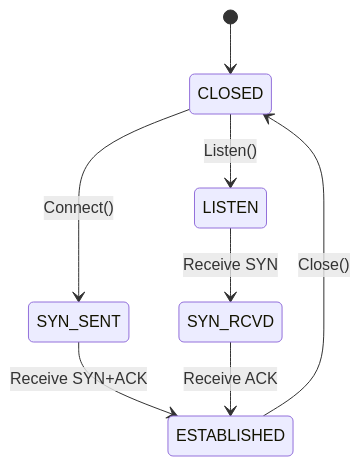
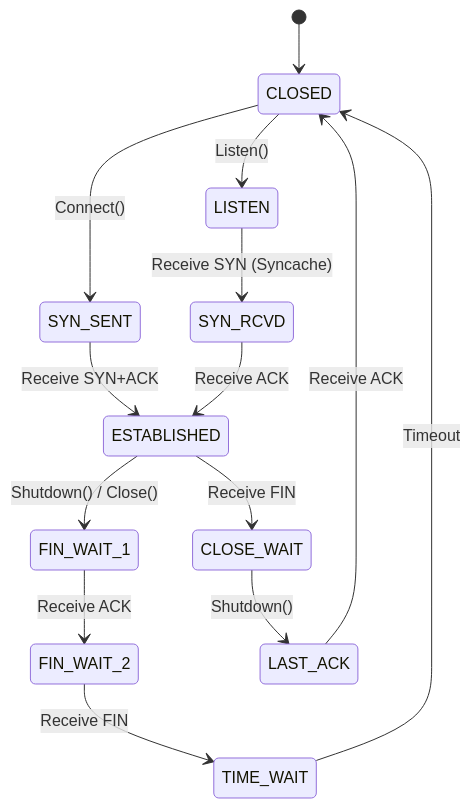
One commit to bob-chu/ustack changed the second of 2 diagrams in README.md. Above: the diagram before and after it, drawn with Mermaid. The commit also changed other lines of this file, not shown here.

First line of the commit message:
docs: update architecture and feature support in README

````diff
--- a/README.md
+++ b/README.md
@@ -91,10 +101,16 @@
 ```mermaid
 stateDiagram-v2
     [*] --> CLOSED
     CLOSED --> LISTEN: Listen()
     CLOSED --> SYN_SENT: Connect()
-    LISTEN --> SYN_RCVD: Receive SYN
+    LISTEN --> SYN_RCVD: Receive SYN (Syncache)
     SYN_SENT --> ESTABLISHED: Receive SYN+ACK
     SYN_RCVD --> ESTABLISHED: Receive ACK
-    ESTABLISHED --> CLOSED: Close()
+    ESTABLISHED --> FIN_WAIT_1: Shutdown() / Close()
+    ESTABLISHED --> CLOSE_WAIT: Receive FIN
+    FIN_WAIT_1 --> FIN_WAIT_2: Receive ACK
+    FIN_WAIT_2 --> TIME_WAIT: Receive FIN
+    CLOSE_WAIT --> LAST_ACK: Shutdown()
+    LAST_ACK --> CLOSED: Receive ACK
+    TIME_WAIT --> CLOSED: Timeout
 ```
````
